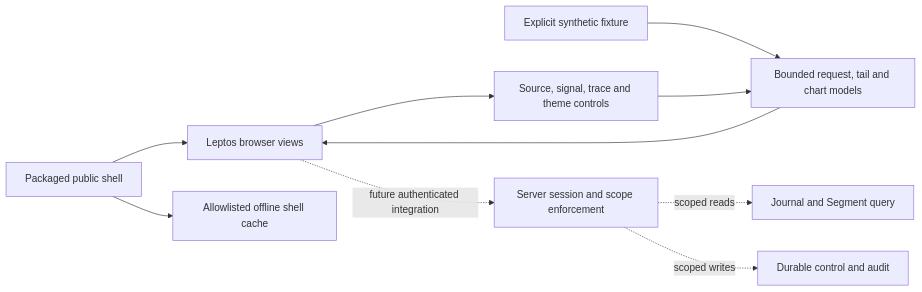
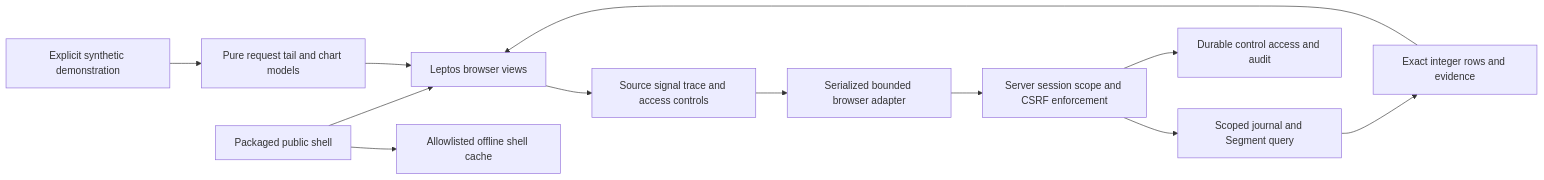
Before and after one commit to kmosoti/FabricO11y: the diagram in docs/diagrams/operator-console.mmd, drawn with Mermaid. The commit also changed 28 other files, not shown here.

Commit message:
Align operator and architecture documentation with implemented boundaries

```diff
--- a/docs/diagrams/operator-console.mmd
+++ b/docs/diagrams/operator-console.mmd
@@ -1,10 +1,12 @@
 flowchart LR
     Assets[Packaged public shell] --> Views[Leptos browser views]
     Assets --> Cache[Allowlisted offline shell cache]
-    Fixture[Explicit synthetic fixture] --> Model[Bounded request, tail and chart models]
+    Fixture[Explicit synthetic demonstration] --> Model[Pure request tail and chart models]
     Model --> Views
-    Views --> Controls[Source, signal, trace and theme controls]
-    Controls --> Model
-    Views -. future authenticated integration .-> Policy[Server session and scope enforcement]
-    Policy -. scoped reads .-> History[Journal and Segment query]
-    Policy -. scoped writes .-> Control[Durable control and audit]
+    Views --> Controls[Source signal trace and access controls]
+    Controls --> Client[Serialized bounded browser adapter]
+    Client --> Policy[Server session scope and CSRF enforcement]
+    Policy --> History[Scoped journal and Segment query]
+    Policy --> Control[Durable control access and audit]
+    History --> Projection[Exact integer rows and evidence]
+    Projection --> Views
```
